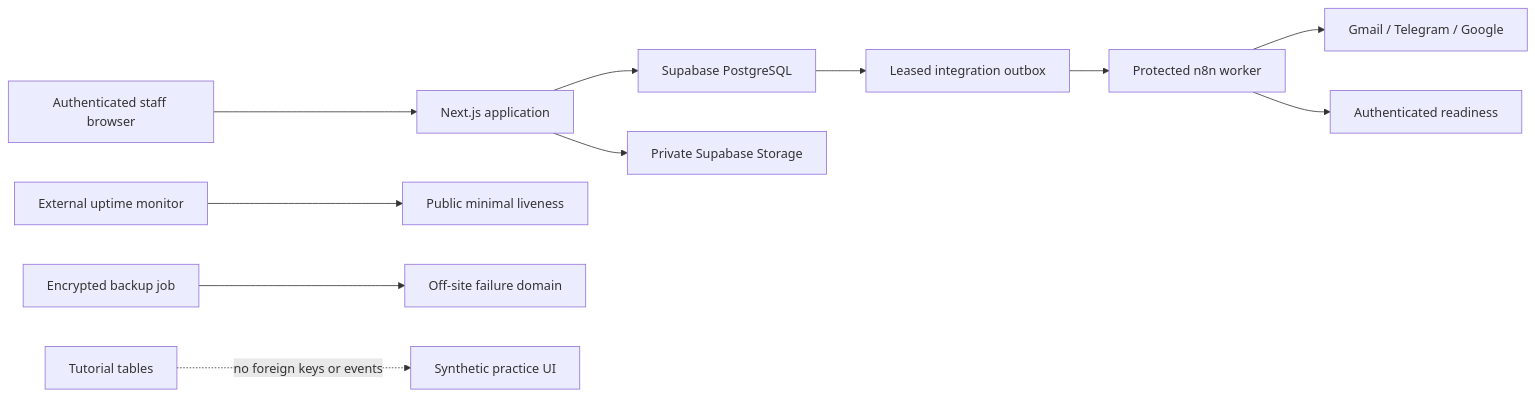
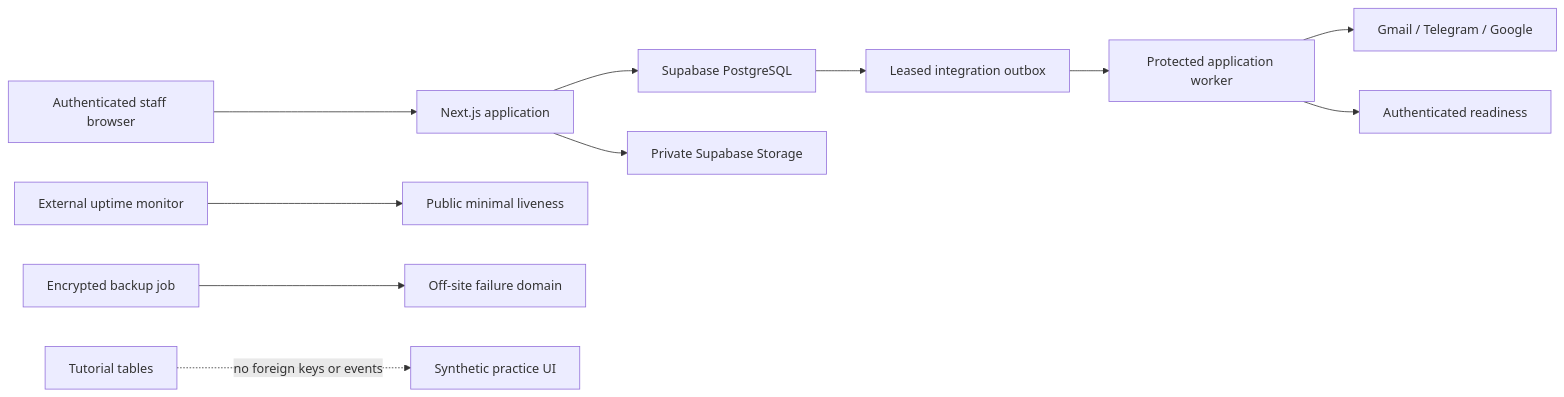
The diagram in docs/architecture/LAUNCH_READINESS_TUTORIAL_SLICE.md (catsplat/Torrance-Yachts), drawn with Mermaid before and after one commit. The commit also changed other lines of this file and 26 other files, not shown here.

````diff
--- a/docs/architecture/LAUNCH_READINESS_TUTORIAL_SLICE.md
+++ b/docs/architecture/LAUNCH_READINESS_TUTORIAL_SLICE.md
@@ -5,13 +5,13 @@
 ```mermaid
 flowchart LR
     Browser["Authenticated staff browser"] --> App["Next.js application"]
     App --> DB["Supabase PostgreSQL"]
     App --> Storage["Private Supabase Storage"]
     DB --> Outbox["Leased integration outbox"]
-    Outbox --> N8N["Protected n8n worker"]
-    N8N --> Providers["Gmail / Telegram / Google"]
+    Outbox --> Worker["Protected application worker"]
+    Worker --> Providers["Gmail / Telegram / Google"]
     Monitor["External uptime monitor"] --> Live["Public minimal liveness"]
-    N8N --> Ready["Authenticated readiness"]
+    Worker --> Ready["Authenticated readiness"]
     Backup["Encrypted backup job"] --> Offsite["Off-site failure domain"]
     Tutorial["Tutorial tables"] -. "no foreign keys or events" .-> Practice["Synthetic practice UI"]
 ```
````
